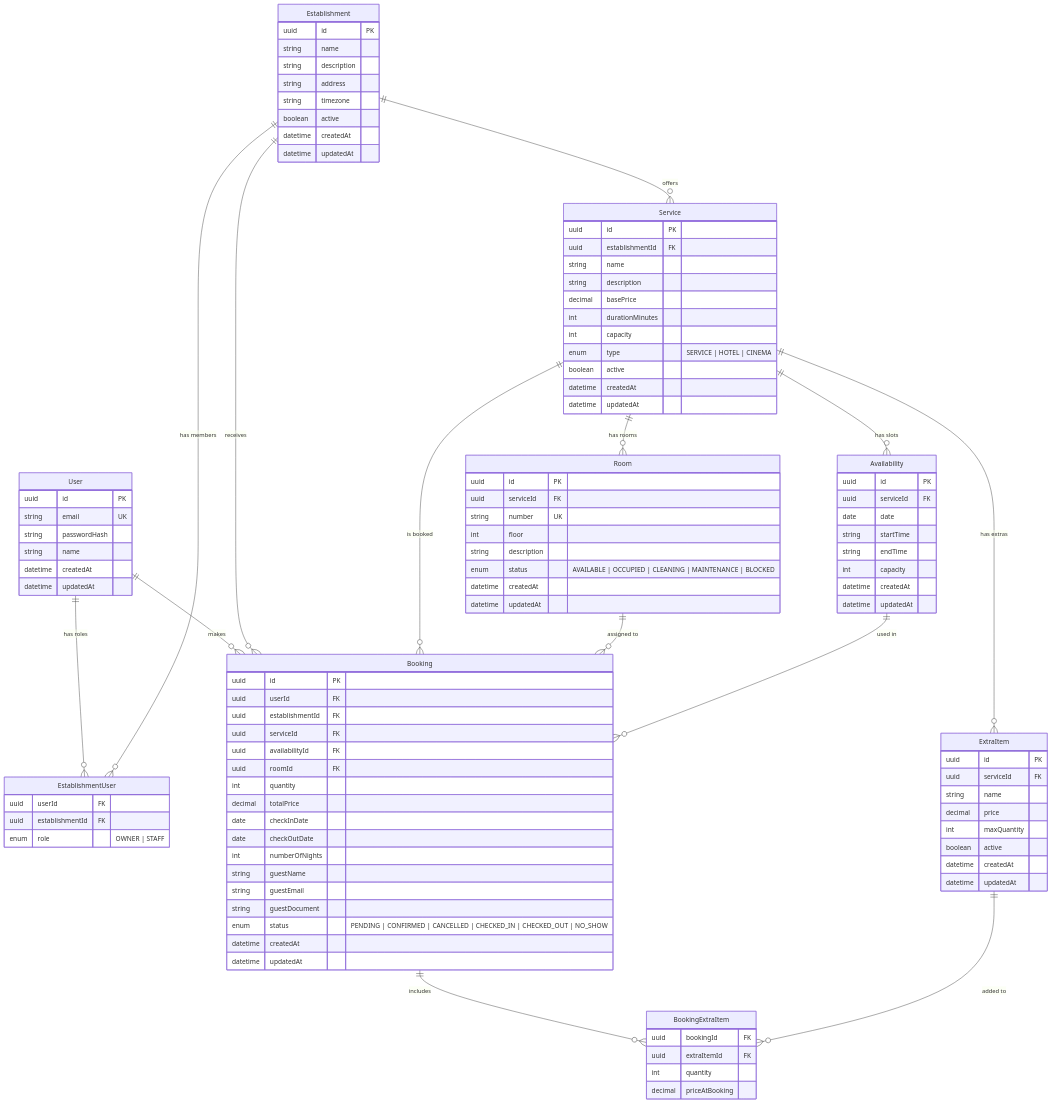
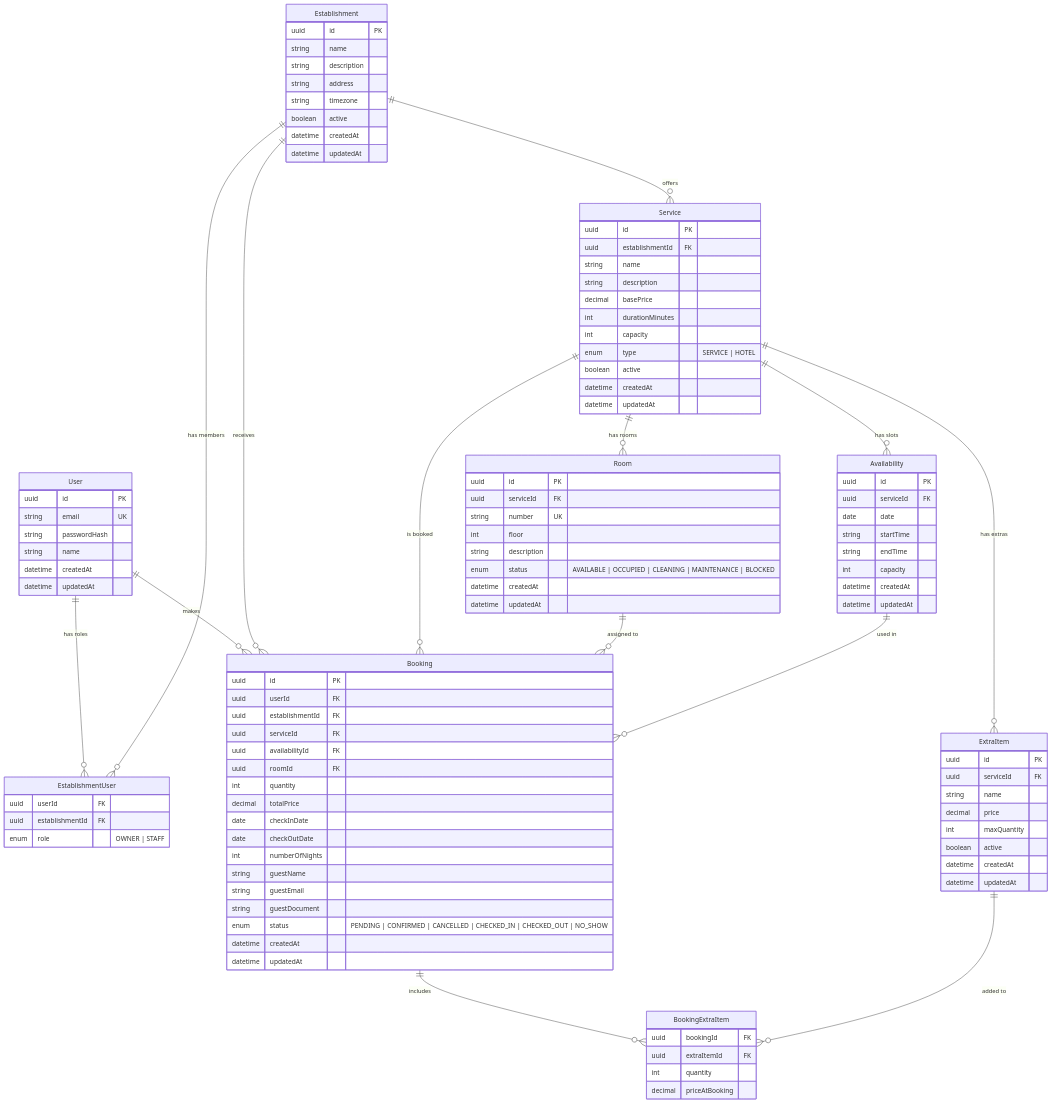
The second of 10 diagrams in README.md (Nicasiomarques/booking-host), drawn with Mermaid before and after one commit. The commit also changed other lines of this file and 2 other files, not shown here.

Commit message:
docs: update documentation and package scripts
- Add db:reset script to package.json
- Update README.md to remove CINEMA references
- Remove DEVELOPMENT_GUIDE.md (consolidated into README)

Tested:
- Scripts work correctly

```diff
--- a/README.md
+++ b/README.md
@@ -142,7 +142,7 @@
         decimal basePrice
         int durationMinutes
         int capacity
-        enum type "SERVICE | HOTEL | CINEMA"
+        enum type "SERVICE | HOTEL"
         boolean active
         datetime createdAt
         datetime updatedAt
```
